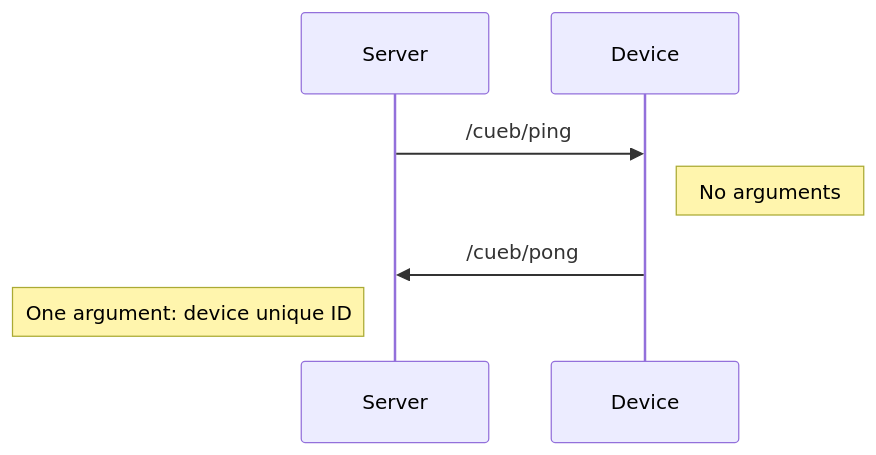
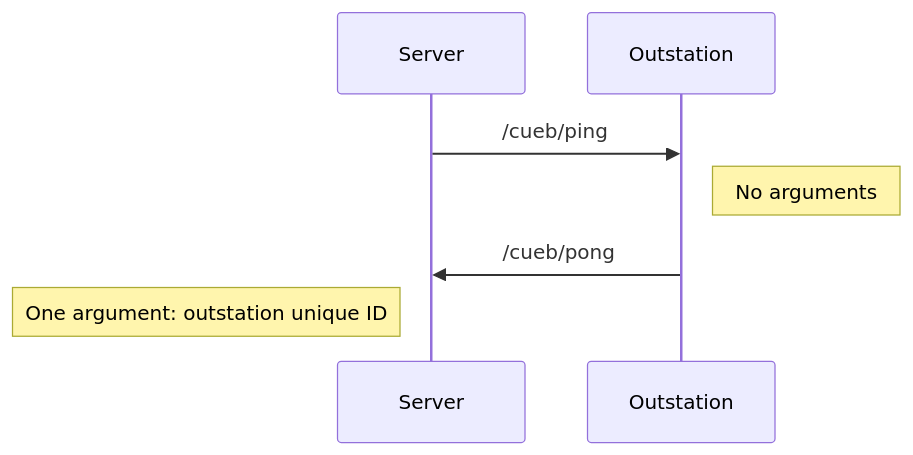
One commit to bstudios/CueB changed the third of 4 diagrams in Readme.md. Above: the diagram before and after it, drawn with Mermaid. The commit also changed other lines of this file, not shown here.

Commit message:
Clarify outstation name

````diff
--- a/Readme.md
+++ b/Readme.md
@@ -71,9 +71,9 @@
 ```mermaid
 sequenceDiagram
   participant Server
-  participant Device
-  Server->>Device: /cueb/ping
-  Note right of Device: No arguments
-  Device->>Server: /cueb/pong
-  Note left of Server: One argument: device unique ID
+  participant Outstation
+  Server->>Outstation: /cueb/ping
+  Note right of Outstation: No arguments
+  Outstation->>Server: /cueb/pong
+  Note left of Server: One argument: outstation unique ID
 ```
````
